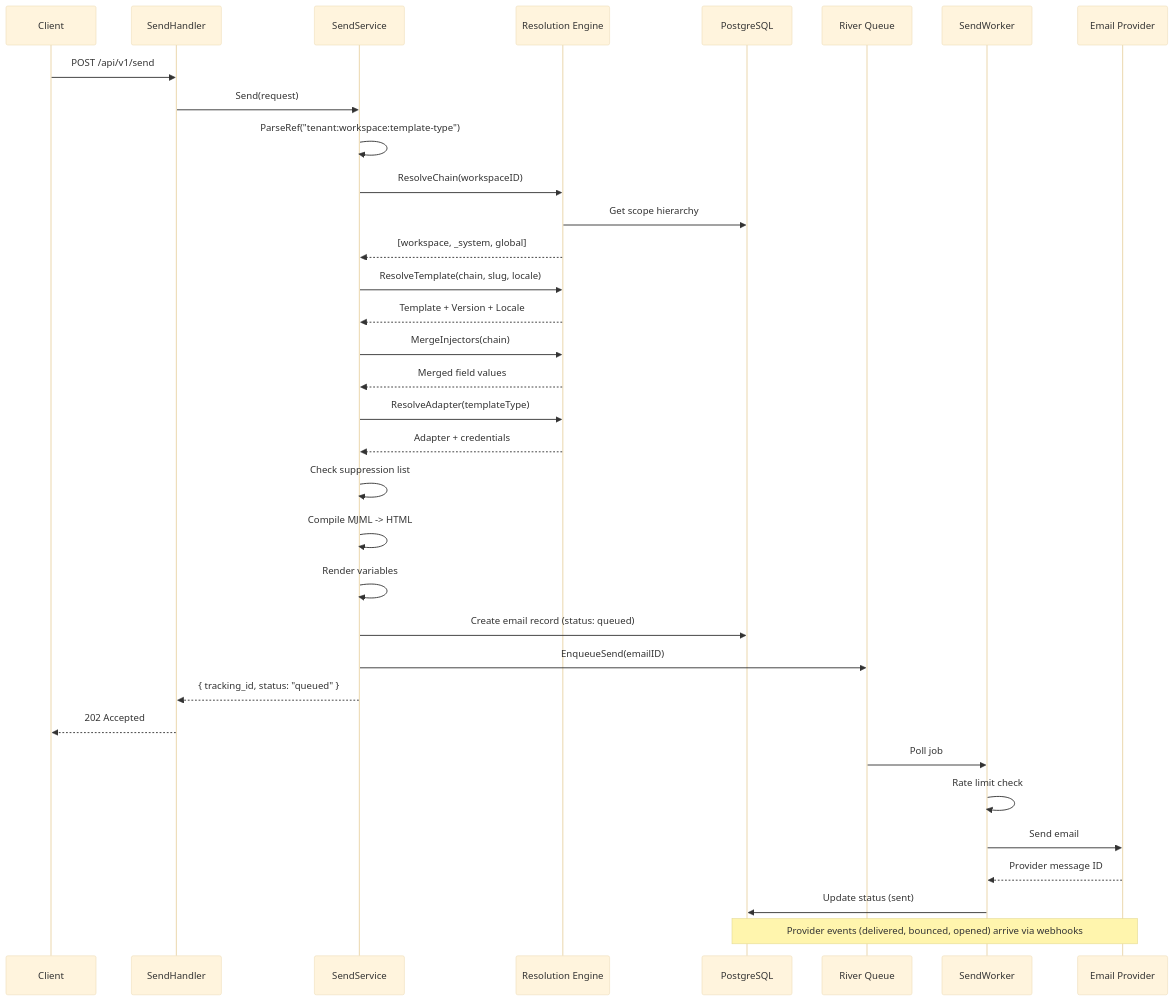
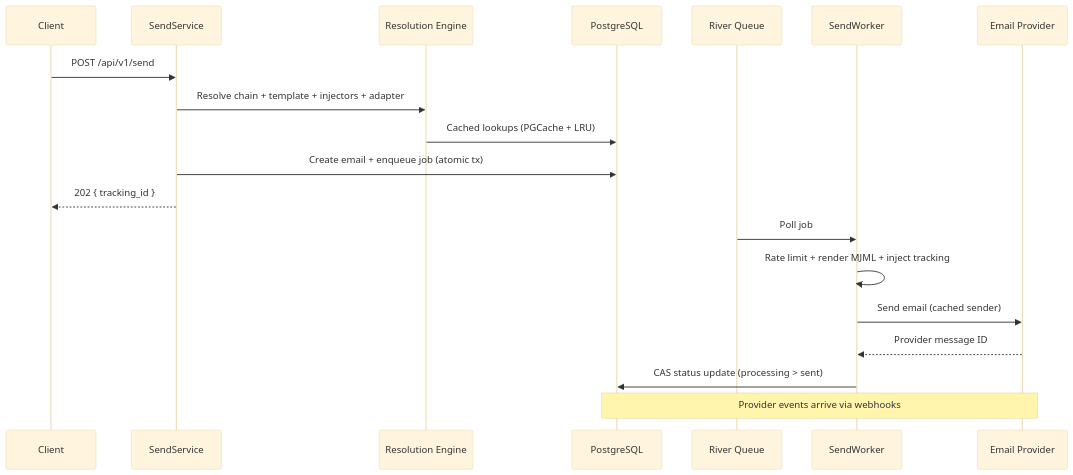
One commit to rendis/senda changed the second of 4 diagrams in README.md. Above: the diagram before and after it, drawn with Mermaid (base theme). The commit also changed other lines of this file, not shown here.

````diff
--- a/README.md
+++ b/README.md
@@ -218,38 +135,23 @@
 ```mermaid
 sequenceDiagram
     participant C as Client
-    participant H as SendHandler
     participant S as SendService
     participant R as Resolution Engine
     participant DB as PostgreSQL
     participant Q as River Queue
     participant W as SendWorker
     participant P as Email Provider
 
-    C->>H: POST /api/v1/send
-    H->>S: Send(request)
-    S->>S: ParseRef("tenant:workspace:template-type")
-    S->>R: ResolveChain(workspaceID)
-    R->>DB: Get scope hierarchy
-    R-->>S: [workspace, _system, global]
-    S->>R: ResolveTemplate(chain, slug, locale)
-    R-->>S: Template + Version + Locale
-    S->>R: MergeInjectors(chain)
-    R-->>S: Merged field values
-    S->>R: ResolveAdapter(templateType)
-    R-->>S: Adapter + credentials
-    S->>S: Check suppression list
-    S->>S: Compile MJML -> HTML
-    S->>S: Render variables
-    S->>DB: Create email record (status: queued)
-    S->>Q: EnqueueSend(emailID)
-    S-->>H: { tracking_id, status: "queued" }
-    H-->>C: 202 Accepted
+    C->>S: POST /api/v1/send
+    S->>R: Resolve chain + template + injectors + adapter
+    R->>DB: Cached lookups (PGCache + LRU)
+    S->>DB: Create email + enqueue job (atomic tx)
+    S-->>C: 202 { tracking_id }
 
     Q->>W: Poll job
-    W->>W: Rate limit check
-    W->>P: Send email
+    W->>W: Rate limit + render MJML + inject tracking
+    W->>P: Send email (cached sender)
     P-->>W: Provider message ID
-    W->>DB: Update status (sent)
-    Note over P,DB: Provider events (delivered, bounced, opened) arrive via webhooks
+    W->>DB: CAS status update (processing > sent)
+    Note over P,DB: Provider events arrive via webhooks
 ```
````
